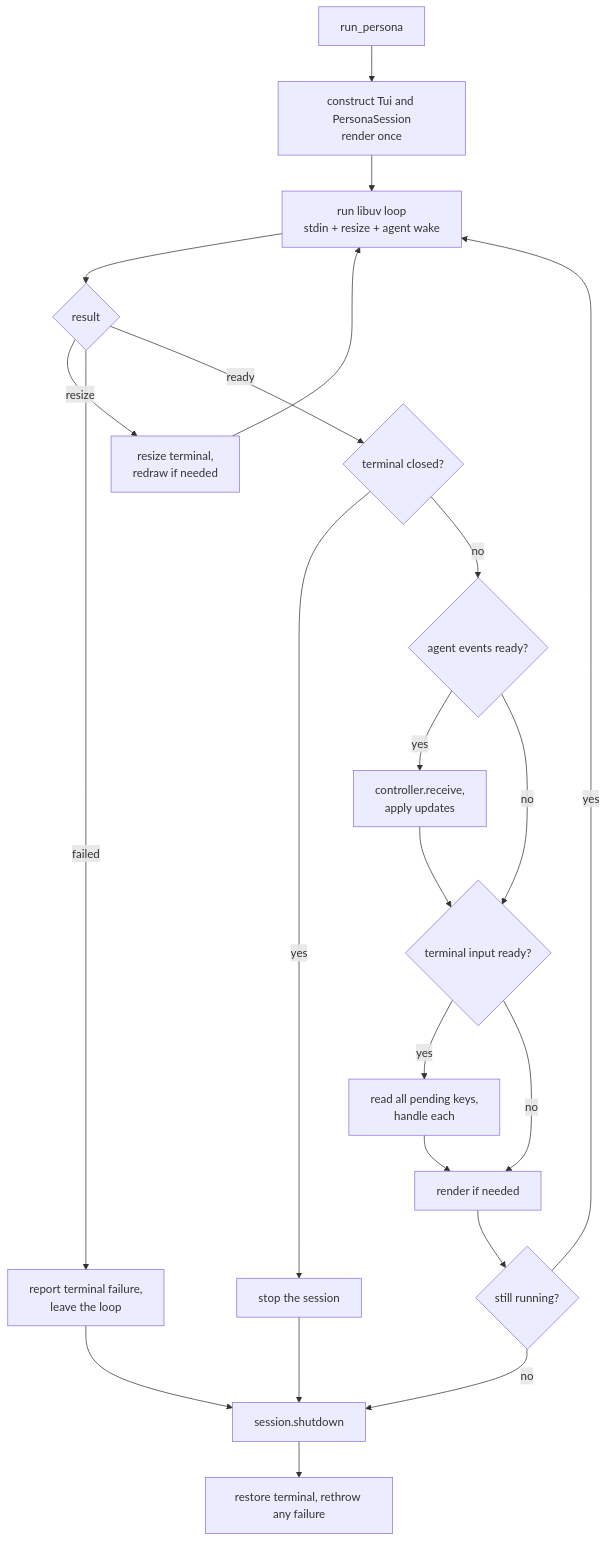
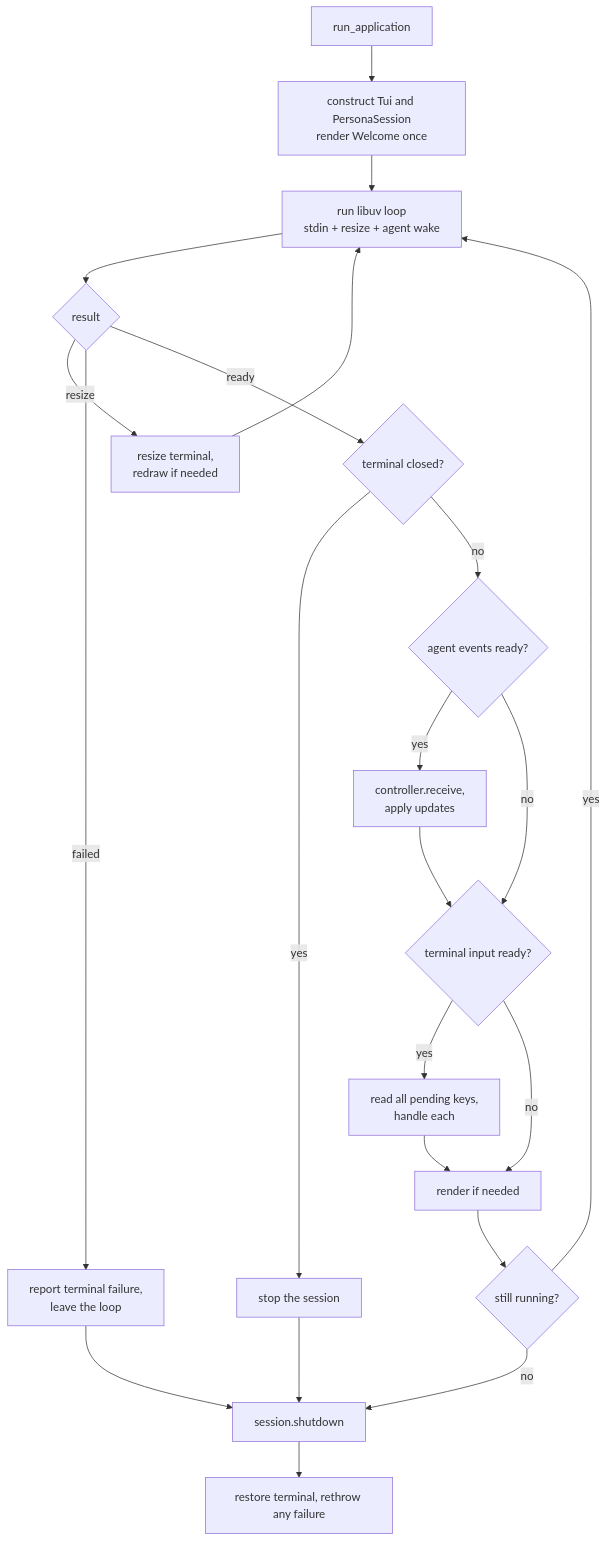
Before and after one commit to michaelpopov/cha: the first of 2 diagrams in src/ui/tui/README.md, drawn with Mermaid. The commit also changed other lines of this file and 13 other files, not shown here.

````diff
--- a/src/ui/tui/README.md
+++ b/src/ui/tui/README.md
@@ -45,23 +45,23 @@
 ```mermaid
 flowchart TD
-    start["run_persona"] --> mk["construct Tui and PersonaSession<br/>render once"]
+    start["run_application"] --> mk["construct Tui and PersonaSession<br/>render Welcome once"]
     mk --> wait["run libuv loop<br/>stdin + resize + agent wake"]
     wait --> res{"result"}
     res -->|"resize"| resize["resize terminal,<br/>redraw if needed"] --> wait
     res -->|"failed"| fail["report terminal failure,<br/>leave the loop"]
     res -->|"ready"| closed{"terminal closed?"}
     closed -->|"yes"| stoploop["stop the session"]
     closed -->|"no"| agent{"agent events ready?"}
     agent -->|"yes"| drain["controller.receive,<br/>apply updates"]
     agent -->|"no"| keys
     drain --> keys{"terminal input ready?"}
     keys -->|"yes"| read["read all pending keys,<br/>handle each"]
     keys -->|"no"| paint
     read --> paint["render if needed"]
     paint --> running{"still running?"}
     running -->|"yes"| wait
     running -->|"no"| shut["session.shutdown"]
     stoploop --> shut
     fail --> shut
     shut --> done["restore terminal, rethrow any failure"]
 ```
````
